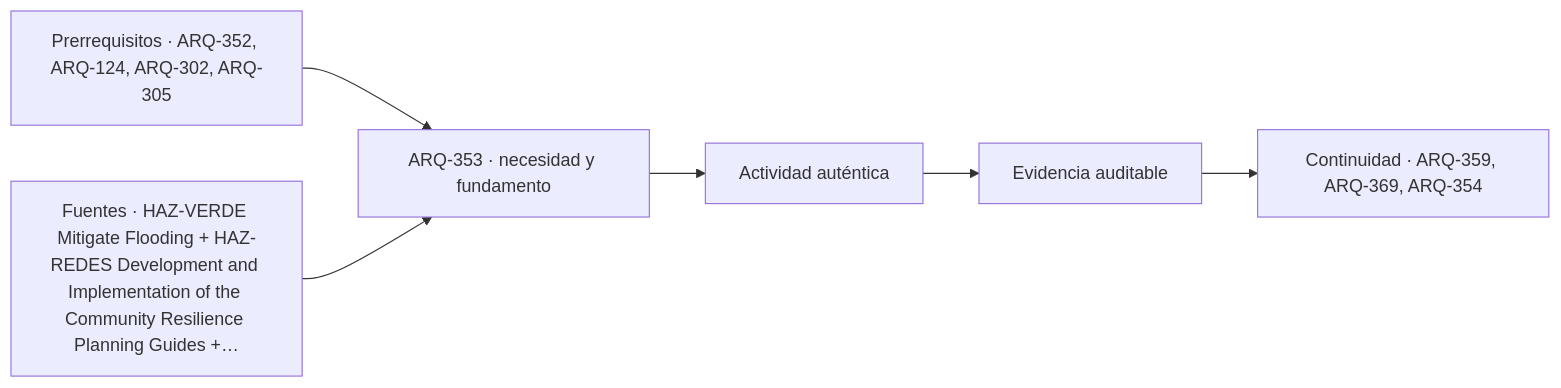
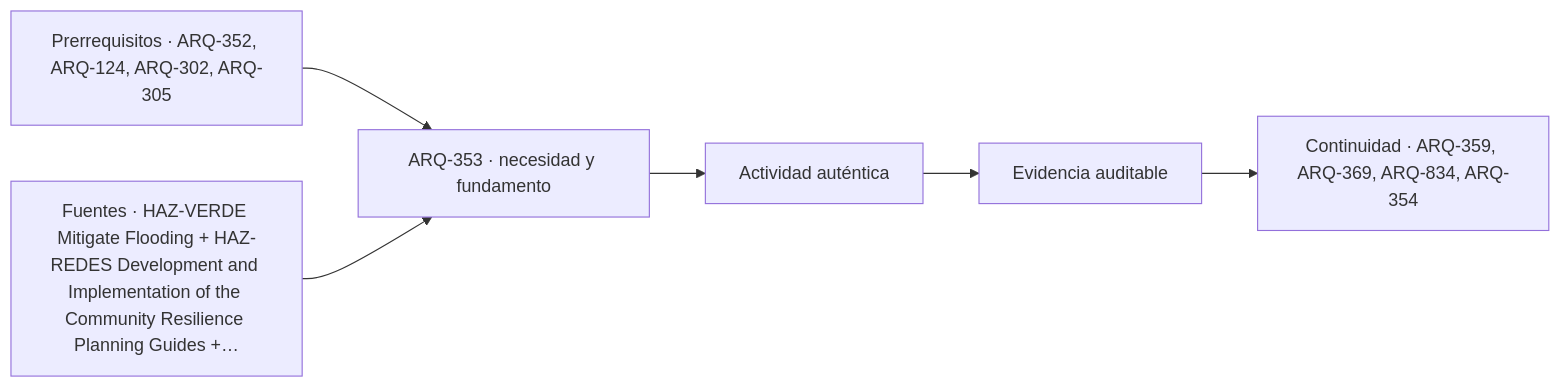
One commit to vladimiracunadev-create/architecture-built-environment-learning-program changed the diagram in classes/parte-36/ARQ-353.md. Above: the diagram before and after it, drawn with Mermaid. The commit also changed other lines of this file and 182 other files, not shown here.

````diff
--- a/classes/parte-36/ARQ-353.md
+++ b/classes/parte-36/ARQ-353.md
@@ -119,8 +119,8 @@
 ```mermaid
 flowchart LR
     A["Prerrequisitos · ARQ-352, ARQ-124, ARQ-302, ARQ-305"] --> B["ARQ-353 · necesidad y fundamento"]
     S["Fuentes · HAZ-VERDE Mitigate Flooding + HAZ-REDES Development and Implementation of the Community Resilience Planning Guides +…"] --> B
     B --> C["Actividad auténtica"]
     C --> D["Evidencia auditable"]
-    D --> E["Continuidad · ARQ-359, ARQ-369, ARQ-354"]
+    D --> E["Continuidad · ARQ-359, ARQ-369, ARQ-834, ARQ-354"]
 ```
````
